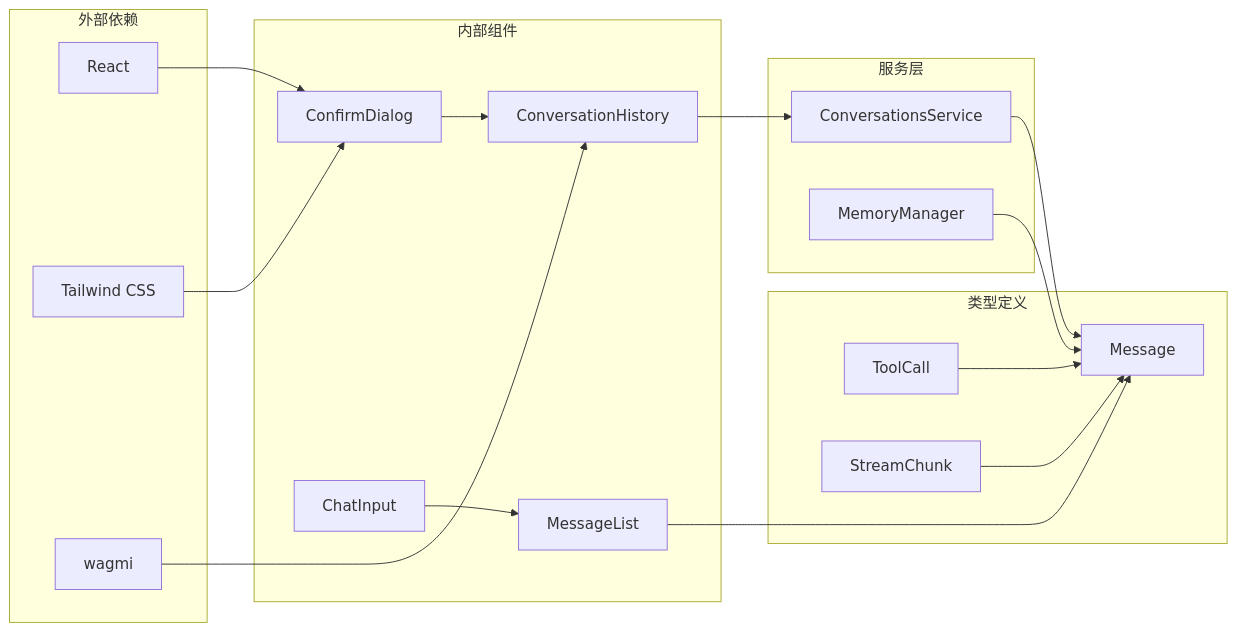
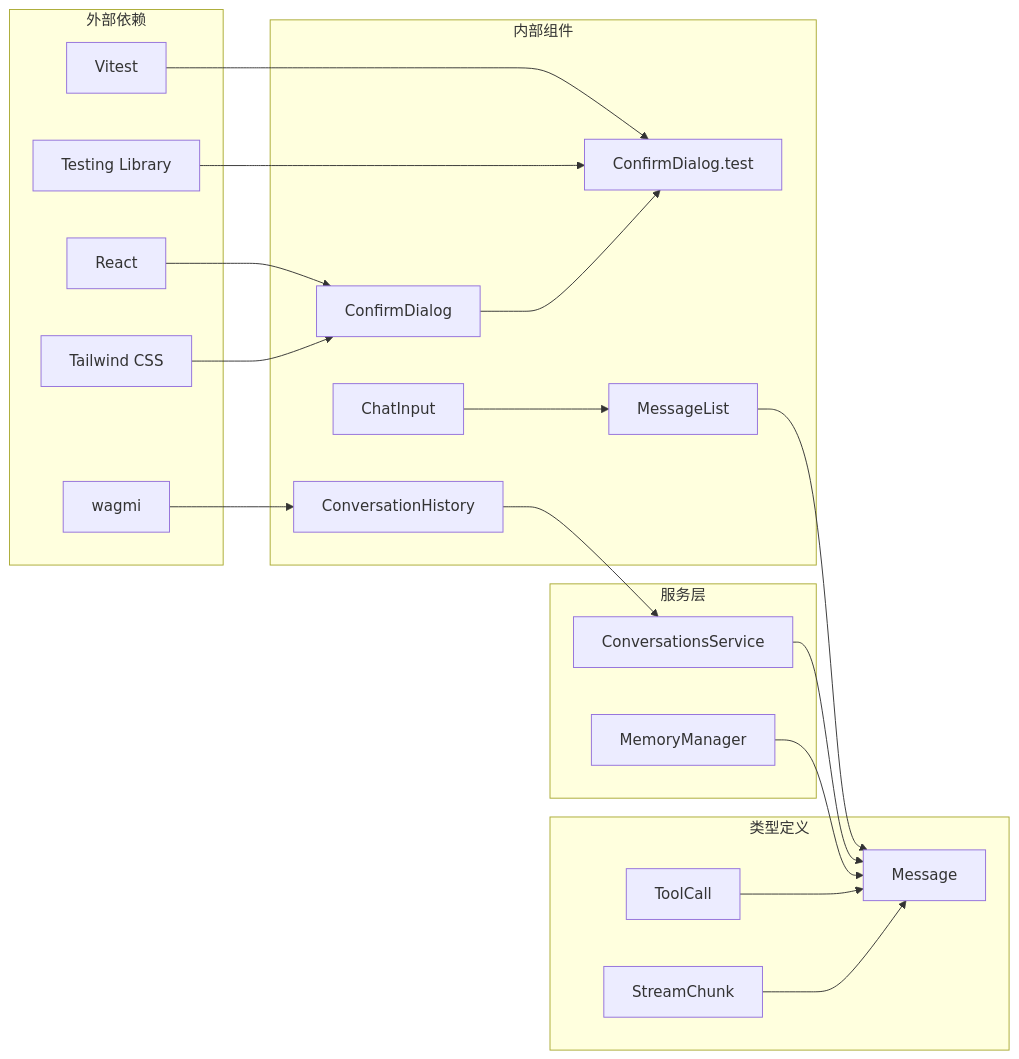
The fifth of 5 diagrams in .qoder/repowiki/zh/content/项目概述/整体架构概览/Web应用程序/确认对话框组件.md (CryptoLinxu/Web3-AI-Agent), drawn with Mermaid before and after one commit. The commit also changed other lines of this file and 8 other files, not shown here.

````diff
--- a/.qoder/repowiki/zh/content/项目概述/整体架构概览/Web应用程序/确认对话框组件.md
+++ b/.qoder/repowiki/zh/content/项目概述/整体架构概览/Web应用程序/确认对话框组件.md
@@ -228,34 +238,39 @@
 ```mermaid
 graph LR
 subgraph "外部依赖"
 A[React]
 B[Tailwind CSS]
 C[wagmi]
+D[Vitest]
+E[Testing Library]
 end
 subgraph "内部组件"
-D[ConfirmDialog]
-E[ConversationHistory]
-F[ChatInput]
-G[MessageList]
+F[ConfirmDialog]
+G[ConfirmDialog.test]
+H[ConversationHistory]
+I[ChatInput]
+J[MessageList]
 end
 subgraph "服务层"
-H[ConversationsService]
-I[MemoryManager]
+K[ConversationsService]
+L[MemoryManager]
 end
 subgraph "类型定义"
-J[Message]
-K[ToolCall]
-L[StreamChunk]
+M[Message]
+N[ToolCall]
+O[StreamChunk]
 end
-A --> D
-B --> D
-C --> E
-D --> E
-E --> H
+A --> F
+B --> F
+C --> H
+D --> G
+E --> G
 F --> G
-G --> J
-H --> J
+H --> K
 I --> J
-K --> J
-L --> J
+J --> M
+K --> M
+L --> M
+N --> M
+O --> M
 ```
````
